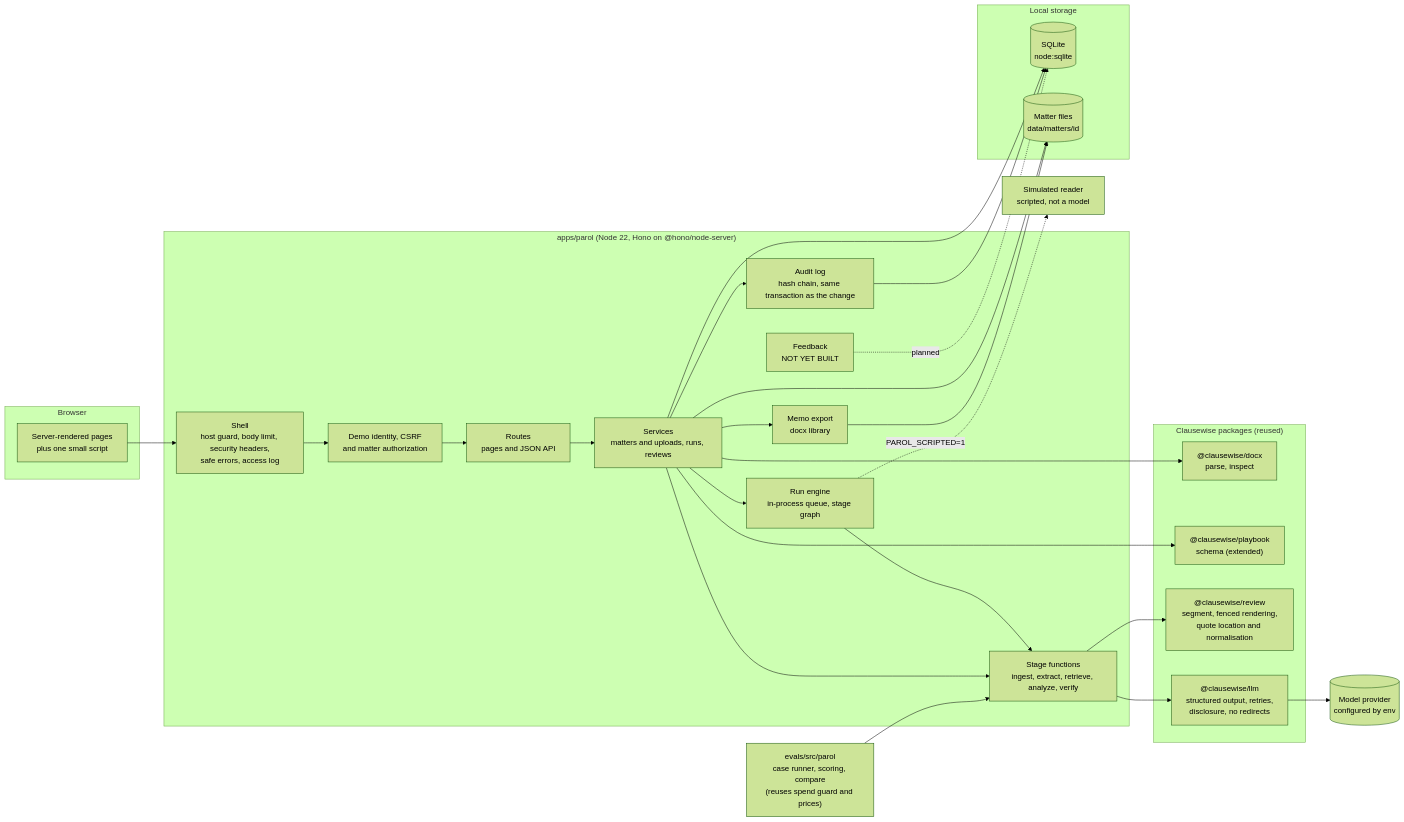
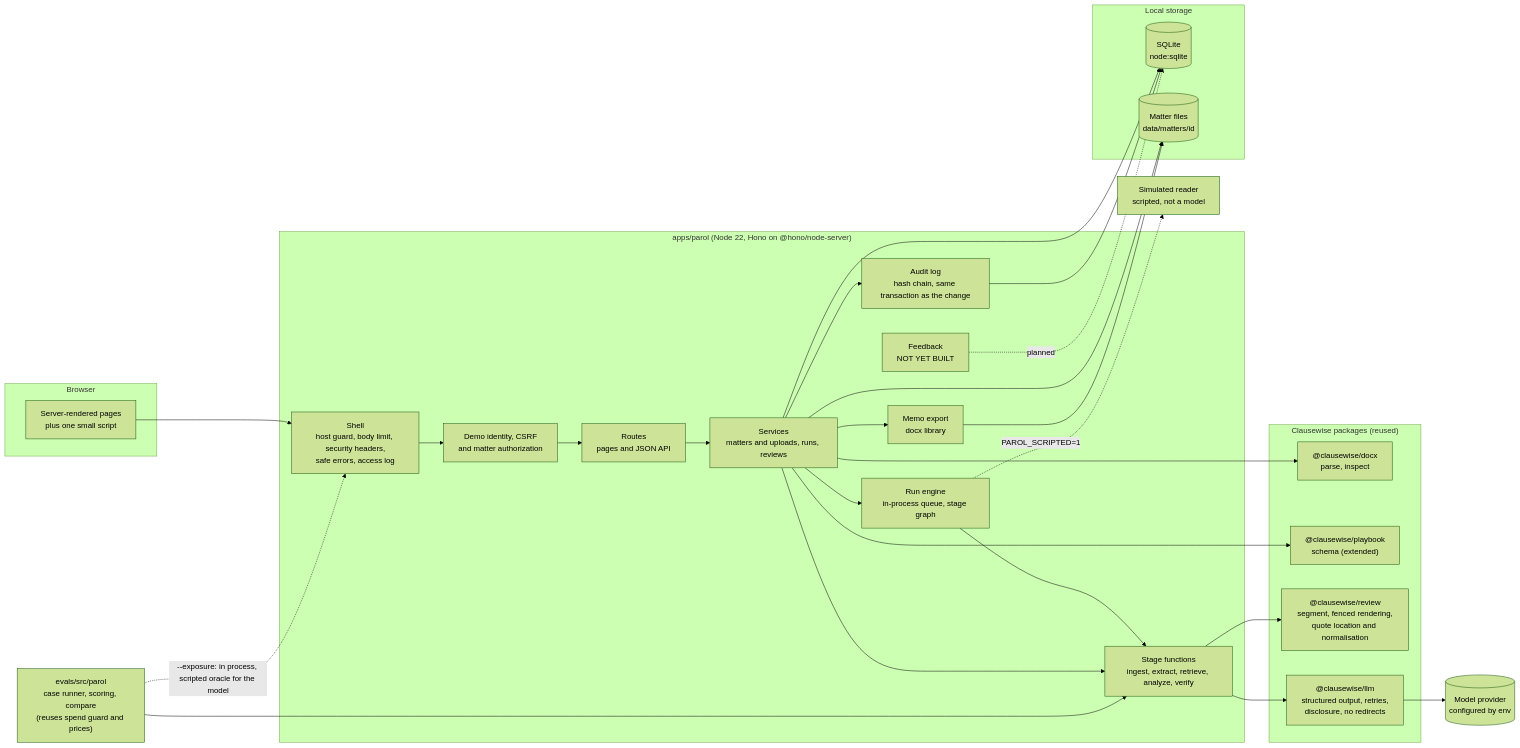
Before and after one commit to Silicon-Docket/clausewise: the first of 5 diagrams in docs/parol/02-experience-and-architecture.md, drawn with Mermaid (forest theme). The commit also changed other lines of this file and 9 other files, not shown here.

````diff
--- a/docs/parol/02-experience-and-architecture.md
+++ b/docs/parol/02-experience-and-architecture.md
@@ -260,48 +264,49 @@
 ```mermaid
 flowchart LR
   subgraph Browser
     UI["Server-rendered pages<br/>plus one small script"]
   end
 
   subgraph Server["apps/parol (Node 22, Hono on @hono/node-server)"]
     SHELL["Shell<br/>host guard, body limit, security headers,<br/>safe errors, access log"]
     AUTH["Demo identity, CSRF<br/>and matter authorization"]
     ROUTES["Routes<br/>pages and JSON API"]
     SVC["Services<br/>matters and uploads, runs, reviews"]
     RUN["Run engine<br/>in-process queue, stage graph"]
     STAGES["Stage functions<br/>ingest, extract, retrieve, analyze, verify"]
     EXP["Memo export<br/>docx library"]
     FB["Feedback<br/>NOT YET BUILT"]
     AUD["Audit log<br/>hash chain, same transaction as the change"]
   end
 
   subgraph Reused["Clausewise packages (reused)"]
     DOCX["@clausewise/docx<br/>parse, inspect"]
     PB["@clausewise/playbook<br/>schema (extended)"]
     RVW["@clausewise/review<br/>segment, fenced rendering,<br/>quote location and normalisation"]
     LLM["@clausewise/llm<br/>structured output, retries,<br/>disclosure, no redirects"]
   end
 
   subgraph Store["Local storage"]
     DB[("SQLite<br/>node:sqlite")]
     FS[("Matter files<br/>data/matters/id")]
   end
 
   EVAL["evals/src/parol<br/>case runner, scoring, compare<br/>(reuses spend guard and prices)"]
   PROV[("Model provider<br/>configured by env")]
   SIM["Simulated reader<br/>scripted, not a model"]
 
   UI --> SHELL --> AUTH --> ROUTES --> SVC
   SVC --> RUN --> STAGES
   SVC --> STAGES
   SVC --> EXP
   SVC --> DOCX & PB
   STAGES --> RVW & LLM
   LLM --> PROV
   RUN -. "PAROL_SCRIPTED=1" .-> SIM
   SVC --> DB
   SVC & EXP --> FS
   SVC --> AUD --> DB
   FB -. planned .-> DB
   EVAL --> STAGES
+  EVAL -. "--exposure: in process, scripted oracle for the model" .-> SHELL
 ```
````
